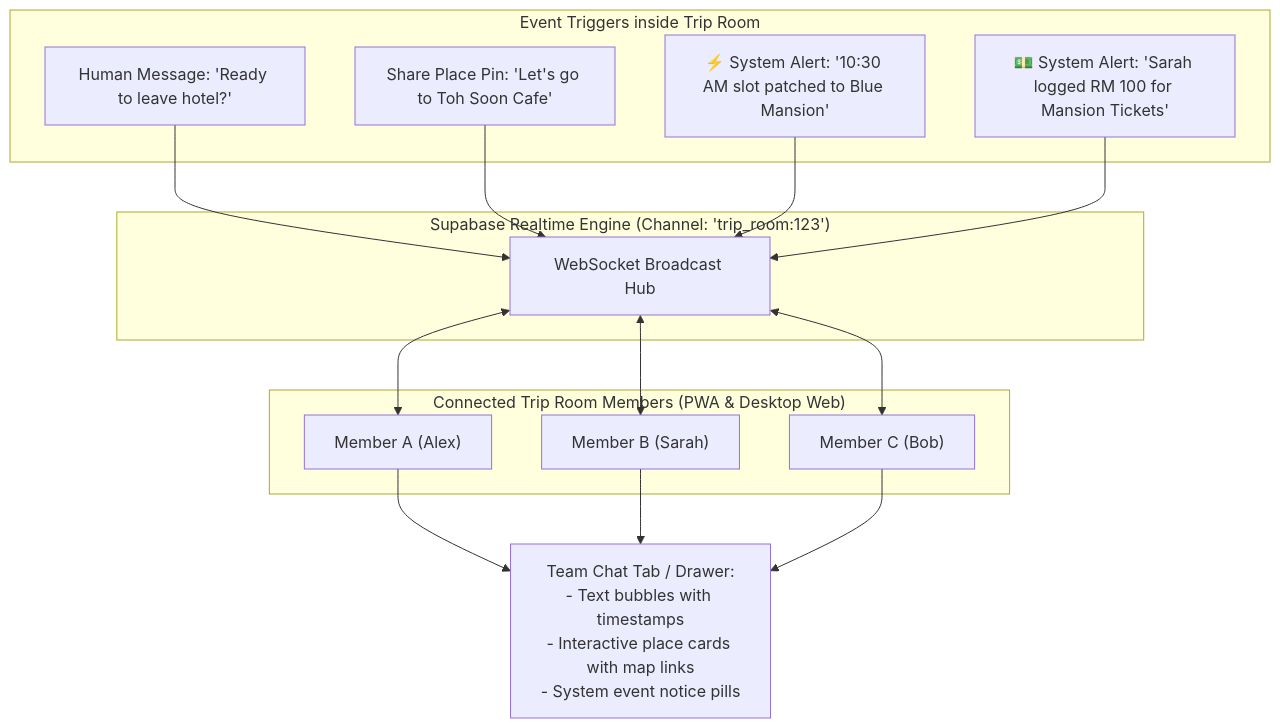
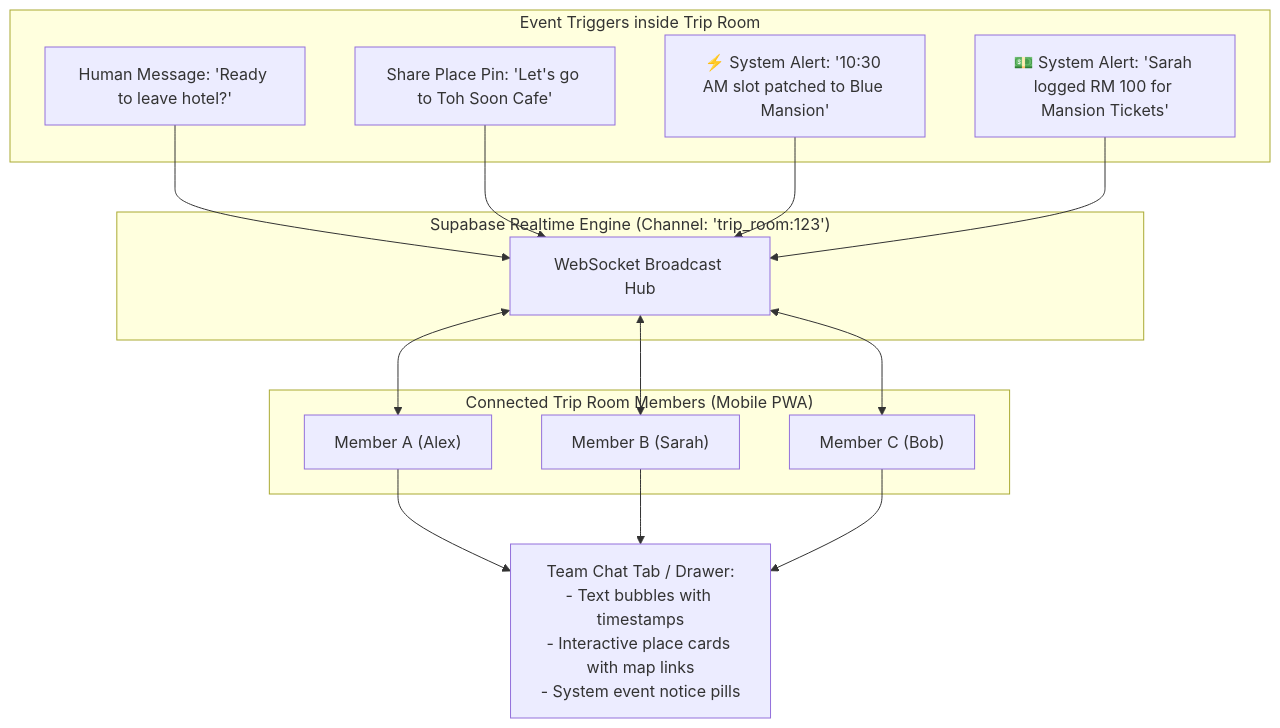
Before and after one commit to nlzce/We-are-the-champions_Plan-B: the tenth of 15 diagrams in README.md, drawn with Mermaid. The commit also changed other lines of this file, not shown here.

Commit message:
docs: ensure 100% english, remove cloudflare, focus exclusively on PWA, and validate all mermaid diagrams

````diff
--- a/README.md
+++ b/README.md
@@ -436,32 +435,32 @@
 ```mermaid
 flowchart TD
-  subgraph ROOM_CLIENTS["Connected Trip Room Members (PWA & Desktop Web)"]
+  subgraph ROOM_CLIENTS["Connected Trip Room Members (Mobile PWA)"]
     ClientA["Member A (Alex)"]
     ClientB["Member B (Sarah)"]
     ClientC["Member C (Bob)"]
   end
 
   subgraph SUPABASE_RT["Supabase Realtime Engine (Channel: 'trip_room:123')"]
     Broadcaster["WebSocket Broadcast Hub"]
   end
 
   subgraph EVENTS["Event Triggers inside Trip Room"]
     HumanMsg["Human Message: 'Ready to leave hotel?'"]
     SharePlace["Share Place Pin: 'Let's go to Toh Soon Cafe'"]
     ReplanAlert["⚡ System Alert: '10:30 AM slot patched to Blue Mansion'"]
     SpendAlert["💵 System Alert: 'Sarah logged RM 100 for Mansion Tickets'"]
   end
 
   HumanMsg --> Broadcaster
   SharePlace --> Broadcaster
   ReplanAlert --> Broadcaster
   SpendAlert --> Broadcaster
 
   Broadcaster <--> ClientA
   Broadcaster <--> ClientB
   Broadcaster <--> ClientC
 
   ClientA --> ChatUI["Team Chat Tab / Drawer:<br/>- Text bubbles with timestamps<br/>- Interactive place cards with map links<br/>- System event notice pills"]
   ClientB --> ChatUI
   ClientC --> ChatUI
 ```
````
